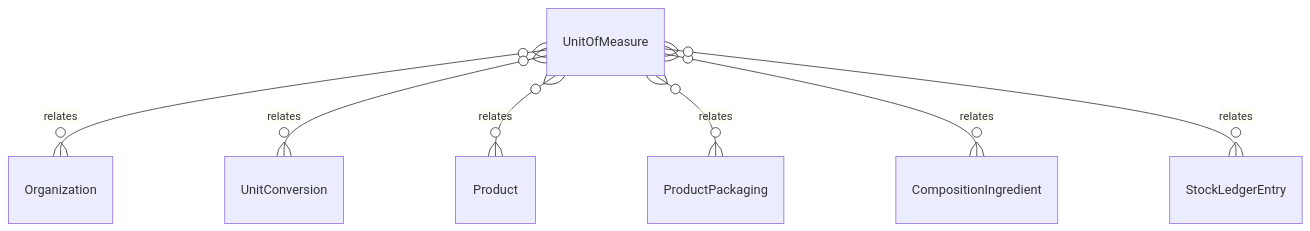
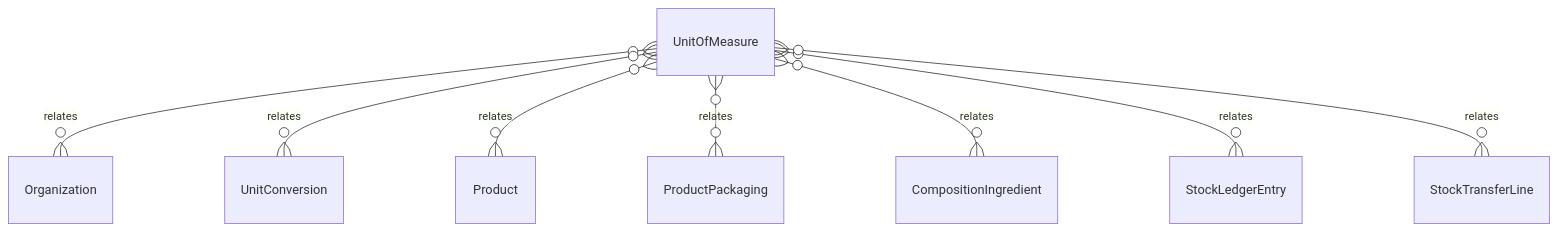
Before and after one commit to tejasnirala/rcln: the diagram in .kb/Database/UnitOfMeasure.md, drawn with Mermaid. The commit also changed other lines of this file and 117 other files, not shown here.

````diff
--- a/.kb/Database/UnitOfMeasure.md
+++ b/.kb/Database/UnitOfMeasure.md
@@ -50,9 +51,10 @@
 ```mermaid
 erDiagram
     UnitOfMeasure }o--o{ Organization : relates
     UnitOfMeasure }o--o{ UnitConversion : relates
     UnitOfMeasure }o--o{ Product : relates
     UnitOfMeasure }o--o{ ProductPackaging : relates
     UnitOfMeasure }o--o{ CompositionIngredient : relates
     UnitOfMeasure }o--o{ StockLedgerEntry : relates
+    UnitOfMeasure }o--o{ StockTransferLine : relates
 ```
````
